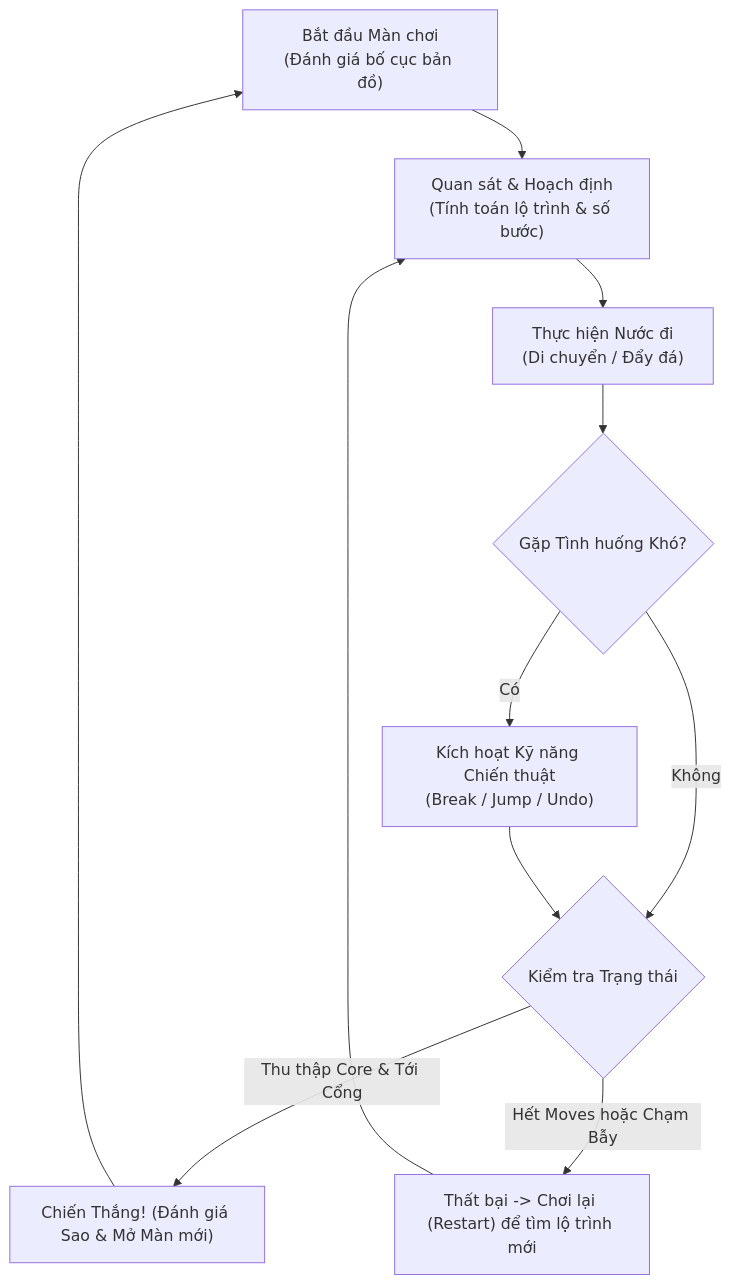
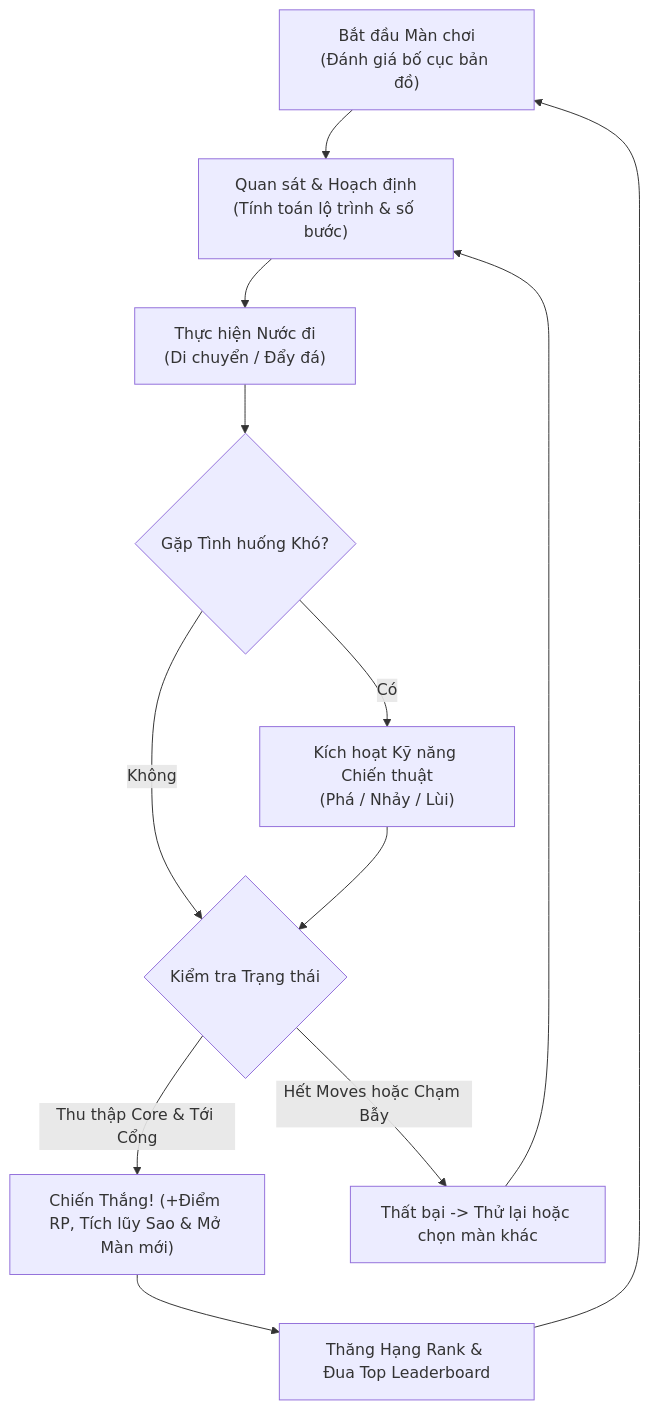
One commit to Ba-Phu06/Game2D changed the diagram in GDD.md. Above: the diagram before and after it, drawn with Mermaid. The commit also changed other lines of this file and 12 other files, not shown here.

Commit message:
feat: add Google & Guest Auth, Leaderboard Rank system, expand to 10 levels with Level Selector

````diff
--- a/GDD.md
+++ b/GDD.md
@@ -17,13 +17,14 @@
 ```mermaid
 flowchart TD
     A["Bắt đầu Màn chơi<br>(Đánh giá bố cục bản đồ)"] --> B["Quan sát & Hoạch định<br>(Tính toán lộ trình & số bước)"]
     B --> C["Thực hiện Nước đi<br>(Di chuyển / Đẩy đá)"]
     C --> D{"Gặp Tình huống Khó?"}
-    D -- Có --> E["Kích hoạt Kỹ năng Chiến thuật<br>(Break / Jump / Undo)"]
+    D -- Có --> E["Kích hoạt Kỹ năng Chiến thuật<br>(Phá / Nhảy / Lùi)"]
     D -- Không --> F{"Kiểm tra Trạng thái"}
     E --> F
-    F -- Thu thập Core & Tới Cổng --> G["Chiến Thắng! (Đánh giá Sao & Mở Màn mới)"]
-    F -- Hết Moves hoặc Chạm Bẫy --> H["Thất bại -> Chơi lại (Restart) để tìm lộ trình mới"]
+    F -- Thu thập Core & Tới Cổng --> G["Chiến Thắng! (+Điểm RP, Tích lũy Sao & Mở Màn mới)"]
+    F -- Hết Moves hoặc Chạm Bẫy --> H["Thất bại -> Thử lại hoặc chọn màn khác"]
     H --> B
-    G --> A
+    G --> I["Thăng Hạng Rank & Đua Top Leaderboard"]
+    I --> A
 ```
````
